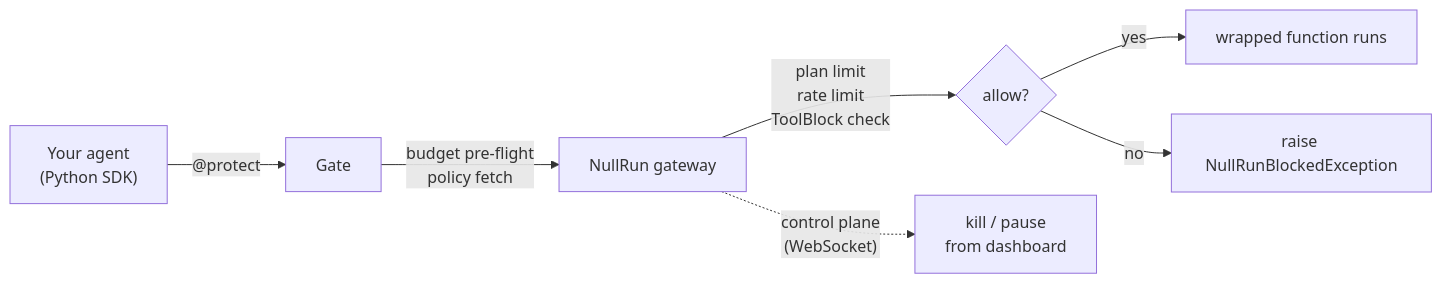
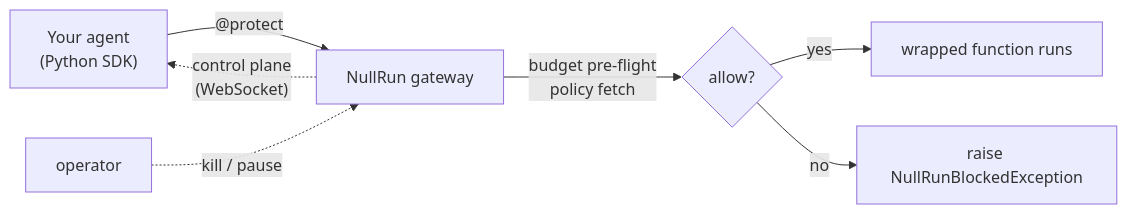
Before and after one commit to nullrunio/nullrun-docs: the first of 2 diagrams in docs/index.md, drawn with Mermaid. The commit also changed other lines of this file and 40 other files, not shown here.

````diff
--- a/docs/index.md
+++ b/docs/index.md
@@ -35,9 +36,9 @@
 ```mermaid
 flowchart LR
-  Agent["Your agent<br/>(Python SDK)"] -->|"@protect"| Gate
-  Gate -->|"budget pre-flight<br/>policy fetch"| Gateway["NullRun gateway"]
-  Gateway -->|"plan limit<br/>rate limit<br/>ToolBlock check"| Decision{"allow?"}
+  Agent["Your agent<br/>(Python SDK)"] -->|"@protect"| Gateway["NullRun gateway"]
+  Gateway -->|"budget pre-flight<br/>policy fetch"| Decision{"allow?"}
   Decision -->|"yes"| Body["wrapped function runs"]
   Decision -->|"no"| Block["raise NullRunBlockedException"]
-  Gateway -.->|"control plane<br/>(WebSocket)"| Kill["kill / pause<br/>from dashboard"]
+  Operator["operator"] -.->|"kill / pause"| Gateway
+  Gateway -.->|"control plane<br/>(WebSocket)"| Agent
 ```
````
